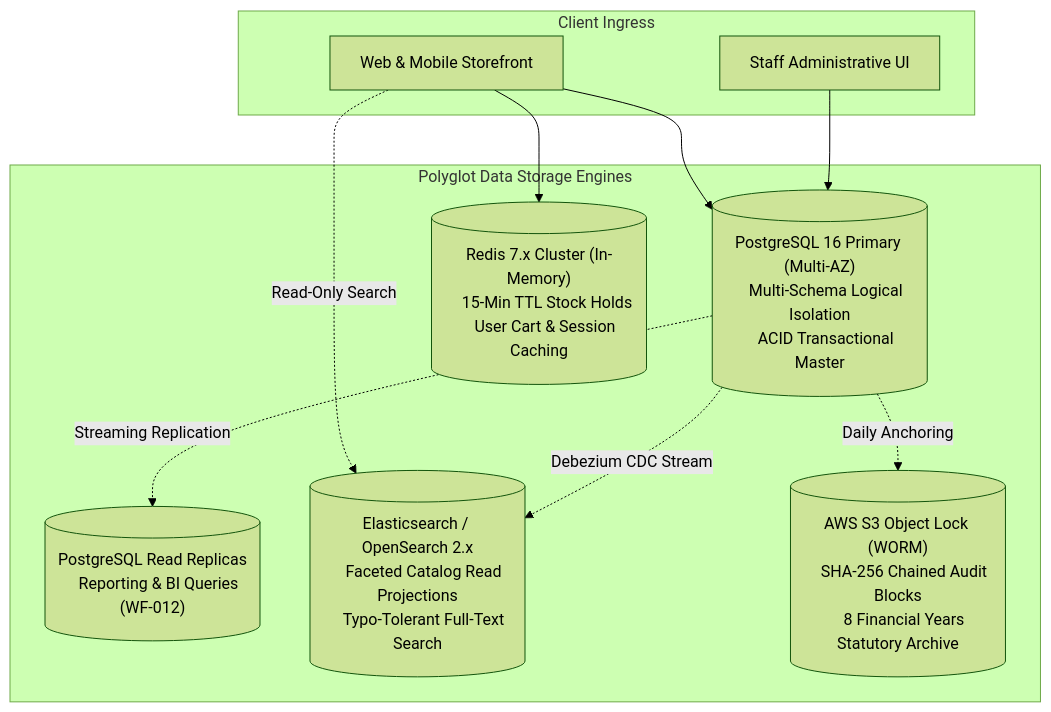
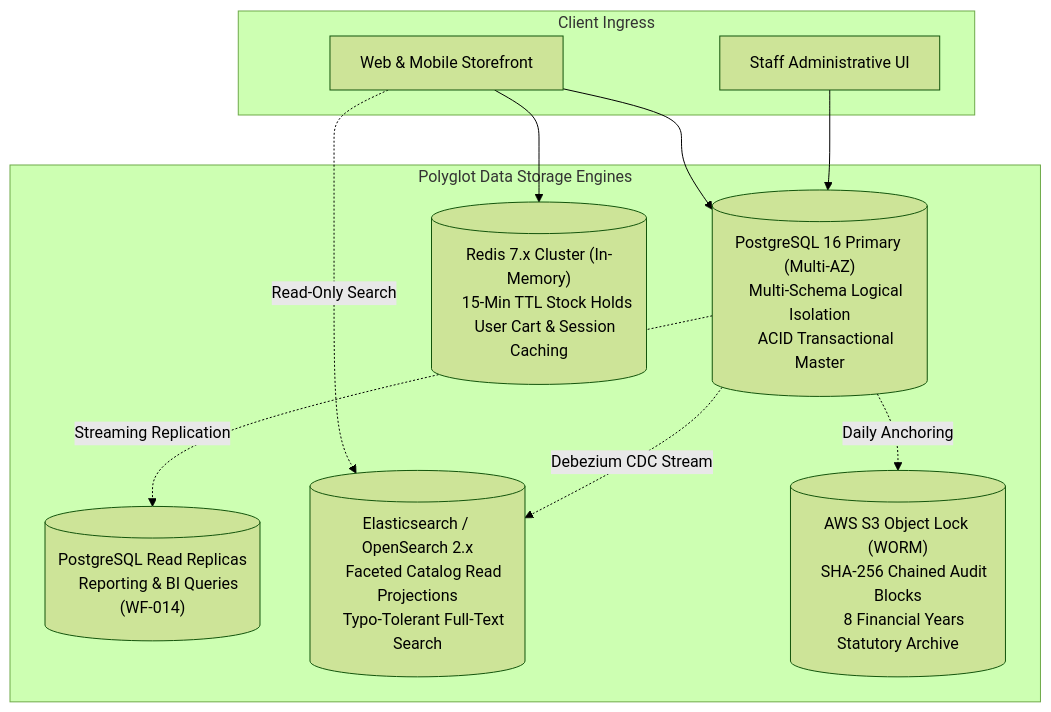
The first of 3 diagrams in docs/00-requirements/review/arch-05-data-architecture-draft.md (ezhilselvan1109/chellaa-system), drawn with Mermaid (forest theme) before and after one commit. The commit also changed other lines of this file, not shown here.

Commit message:
docs(architecture): reconcile workflow IDs and decision notes

````diff
--- a/docs/00-requirements/review/arch-05-data-architecture-draft.md
+++ b/docs/00-requirements/review/arch-05-data-architecture-draft.md
@@ -55,35 +55,35 @@
 ```mermaid
 flowchart TD
   subgraph ClientApps["Client Ingress"]
     Storefront["Web & Mobile Storefront"]
     BackOffice["Staff Administrative UI"]
   end
 
   subgraph PolyglotEngines["Polyglot Data Storage Engines"]
     PG_Master[("PostgreSQL 16 Primary (Multi-AZ)
     Multi-Schema Logical Isolation
     ACID Transactional Master")]
     
     PG_Replica[("PostgreSQL Read Replicas
-    Reporting & BI Queries (WF-012)")]
+    Reporting & BI Queries (WF-014)")]
 
     Redis_Cluster[("Redis 7.x Cluster (In-Memory)
     15-Min TTL Stock Holds
     User Cart & Session Caching")]
 
     Search_Cluster[("Elasticsearch / OpenSearch 2.x
     Faceted Catalog Read Projections
     Typo-Tolerant Full-Text Search")]
 
     WORM_Store[("AWS S3 Object Lock (WORM)
     SHA-256 Chained Audit Blocks
     8 Financial Years Statutory Archive")]
   end
 
   Storefront & BackOffice --> PG_Master
   PG_Master -.->|Streaming Replication| PG_Replica
   Storefront --> Redis_Cluster
   Storefront -.->|Read-Only Search| Search_Cluster
   PG_Master -.->|Debezium CDC Stream| Search_Cluster
   PG_Master -.->|Daily Anchoring| WORM_Store
 ```
````
